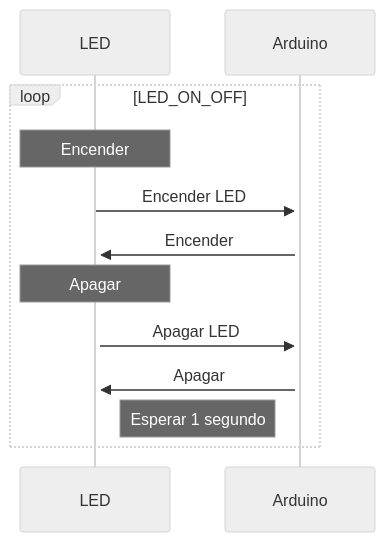
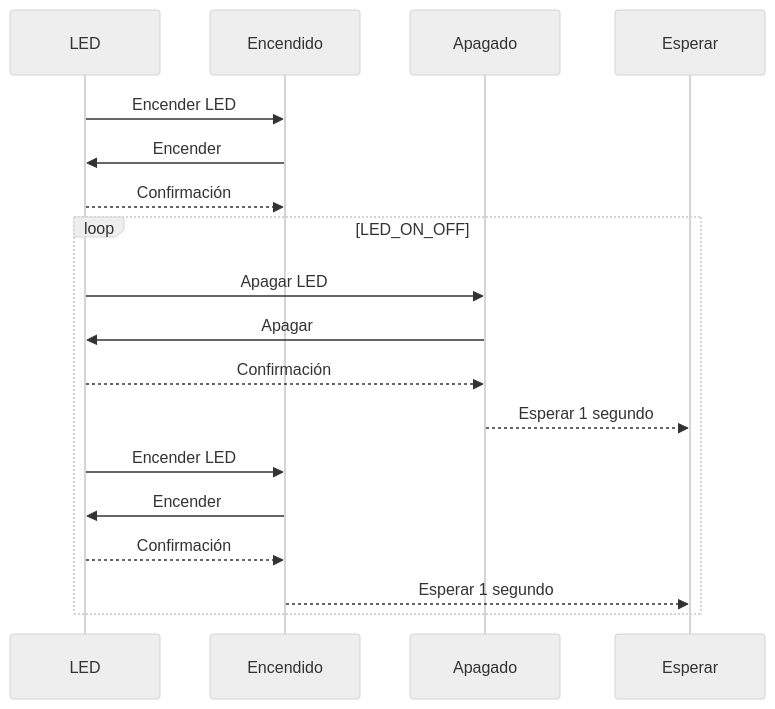
The diagram in README.md (XaviHidalgo/PR1_PD_XavierHidalgo), drawn with Mermaid (neutral theme) before and after one commit.

````diff
--- a/README.md
+++ b/README.md
@@ -109,12 +109,16 @@
 ```mermaid
 sequenceDiagram
+    LED->>Encendido: Encender LED
+    Encendido->>LED: Encender
+    LED-->>Encendido: Confirmación
     loop LED_ON_OFF
-        Note over LED: Encender
-        LED->>+Arduino: Encender LED
-        Arduino->>+LED: Encender
-        Note over LED: Apagar
-        LED->>+Arduino: Apagar LED
-        Arduino->>+LED: Apagar
-        Note right of LED: Esperar 1 segundo
+        LED->>Apagado: Apagar LED
+        Apagado->>LED: Apagar
+        LED-->>Apagado: Confirmación
+        Apagado-->>Esperar: Esperar 1 segundo
+        LED->>Encendido: Encender LED
+        Encendido->>LED: Encender
+        LED-->>Encendido: Confirmación
+        Encendido-->>Esperar: Esperar 1 segundo
     end
 ```
````
